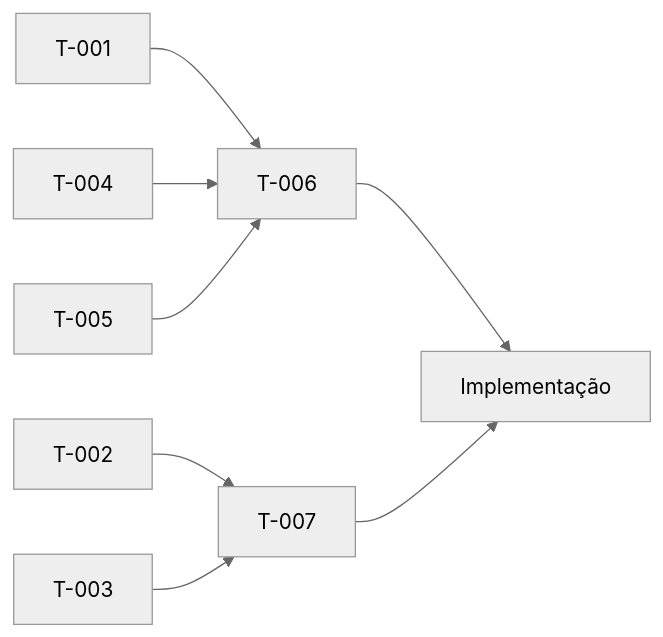
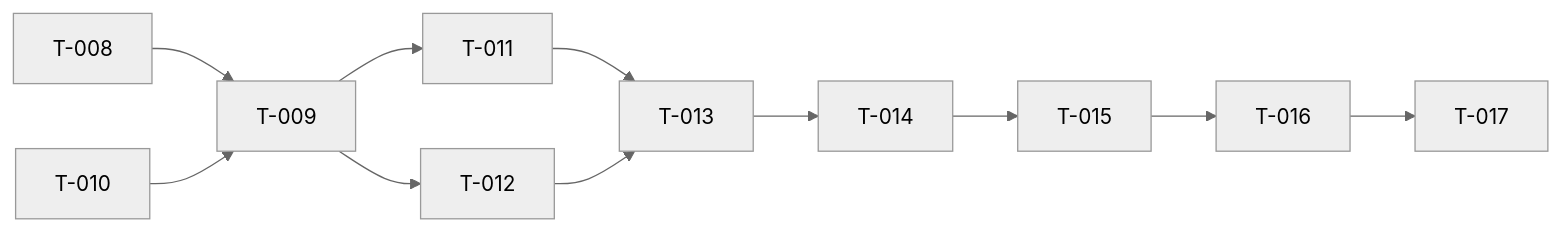
One commit to JosiasSC/corre-patinho changed the diagram in .agents/todo.md. Above: the diagram before and after it, drawn with Mermaid (neutral theme). The commit also changed other lines of this file and 10 other files, not shown here.

````diff
--- a/.agents/todo.md
+++ b/.agents/todo.md
@@ -37,10 +63,13 @@
 ```mermaid
 graph LR
-  T-001 --> T-006
-  T-004 --> T-006
-  T-005 --> T-006
-  T-002 --> T-007
-  T-003 --> T-007
-  T-006 --> IMPL["Implementação"]
-  T-007 --> IMPL
+  T-008 --> T-009
+  T-009 --> T-011
+  T-009 --> T-012
+  T-010 --> T-009
+  T-011 --> T-013
+  T-012 --> T-013
+  T-013 --> T-014
+  T-014 --> T-015
+  T-015 --> T-016
+  T-016 --> T-017
 ```
````
